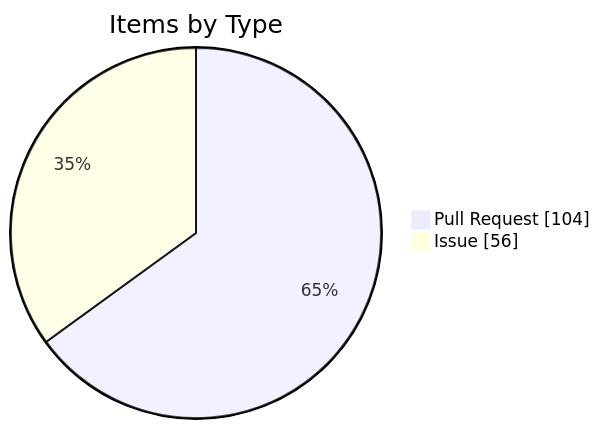
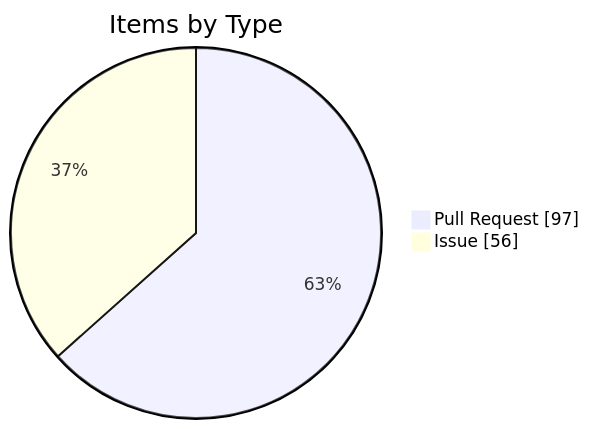
Before and after one commit to KBVE/kbve: the fourth of 4 diagrams in apps/kbve/astro-kbve/src/content/docs/dashboard/kanban-data.mdx, drawn with Mermaid. The commit also changed other lines of this file and 7 other files, not shown here.

````diff
--- a/apps/kbve/astro-kbve/src/content/docs/dashboard/kanban-data.mdx
+++ b/apps/kbve/astro-kbve/src/content/docs/dashboard/kanban-data.mdx
@@ -116,6 +116,6 @@
 ```mermaid
 pie showData
     title Items by Type
-    "Pull Request" : 104
+    "Pull Request" : 97
     "Issue" : 56
 ```
````
